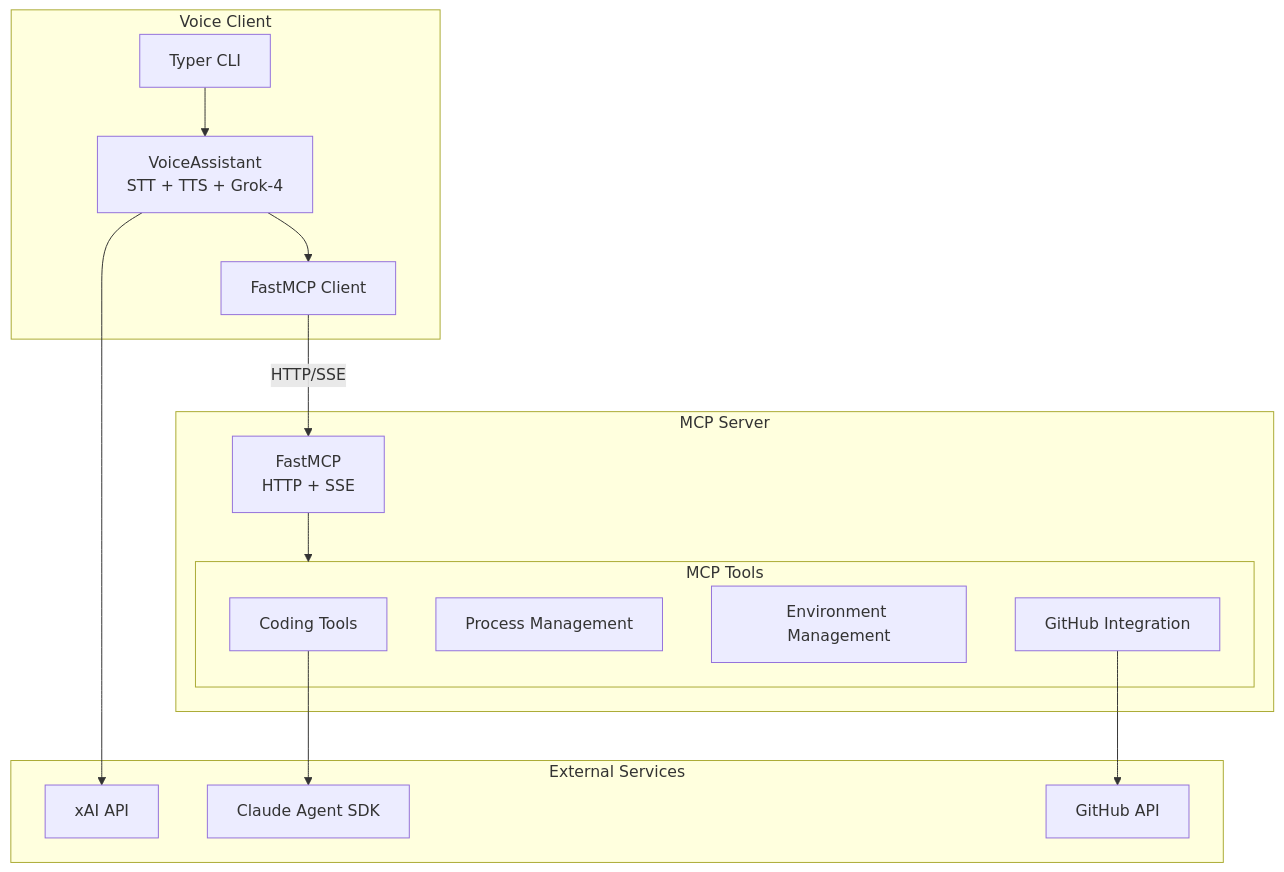
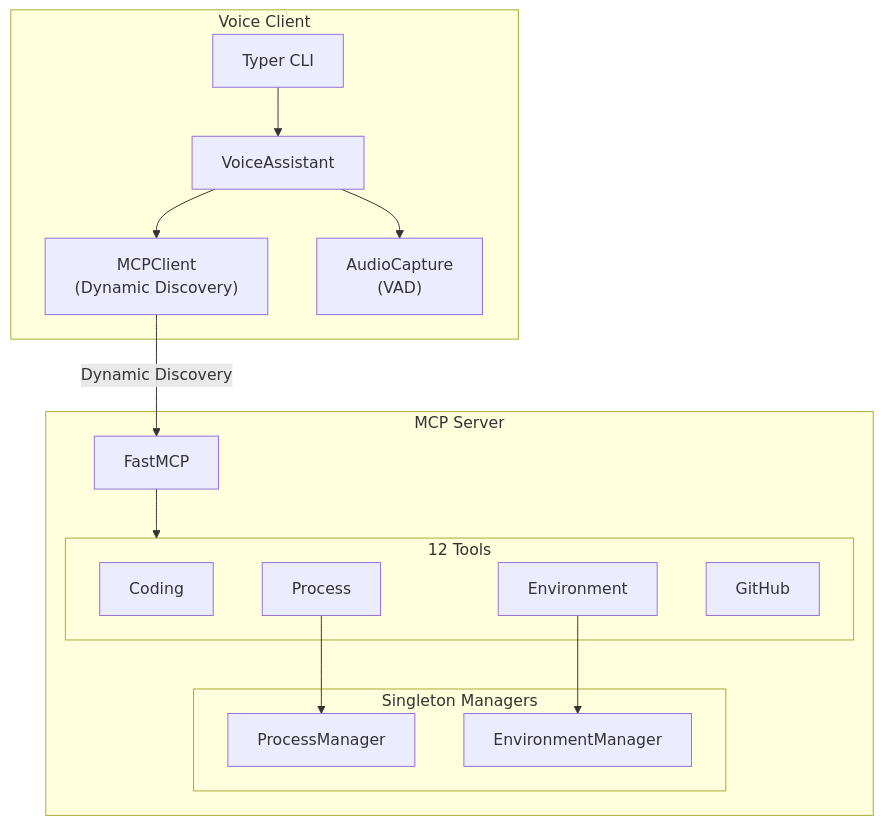
Before and after one commit to yhinai/CodeVox: the diagram in README.md, drawn with Mermaid. The commit also changed other lines of this file and 7 other files, not shown here.

First line of the commit message:
refactor: Modernize codebase with dynamic tools and singletons

````diff
--- a/README.md
+++ b/README.md
@@ -7,32 +7,31 @@
 ```mermaid
 flowchart TB
     subgraph Client["Voice Client"]
         CLI["Typer CLI"]
-        VA["VoiceAssistant<br/>STT + TTS + Grok-4"]
-        MCP_C["FastMCP Client"]
+        VA["VoiceAssistant"]
+        MCP_C["MCPClient<br/>(Dynamic Discovery)"]
+        AUD["AudioCapture<br/>(VAD)"]
     end
 
     subgraph Server["MCP Server"]
-        FMCP["FastMCP<br/>HTTP + SSE"]
-        subgraph Tools["MCP Tools"]
-            T1["Coding Tools"]
-            T2["Process Management"]
-            T3["Environment Management"]
-            T4["GitHub Integration"]
+        FMCP["FastMCP"]
+        subgraph Managers["Singleton Managers"]
+            PM["ProcessManager"]
+            EM["EnvironmentManager"]
         end
-    end
-
-    subgraph External["External Services"]
-        XAI["xAI API"]
-        CLAUDE["Claude Agent SDK"]
-        GITHUB["GitHub API"]
+        subgraph Tools["12 Tools"]
+            T1["Coding"]
+            T2["Process"]
+            T3["Environment"]
+            T4["GitHub"]
+        end
     end
 
     CLI --> VA
     VA --> MCP_C
-    VA --> XAI
-    MCP_C -->|"HTTP/SSE"| FMCP
+    VA --> AUD
+    MCP_C -->|"Dynamic Discovery"| FMCP
     FMCP --> Tools
-    T1 --> CLAUDE
-    T4 --> GITHUB
+    T2 --> PM
+    T3 --> EM
 ```
````
